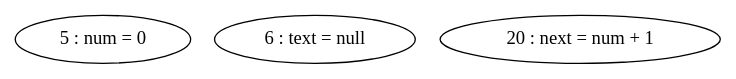
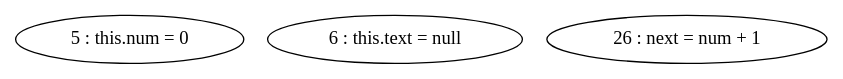
Before and after one commit to thomassimko/thesis-code-duplication: the diagram in target/classes/pdg/source/testObject-testingMethodParams.gv, drawn with Graphviz. The commit also changed 61 other files, not shown here.

```diff
--- a/target/classes/pdg/source/testObject-testingMethodParams.gv
+++ b/target/classes/pdg/source/testObject-testingMethodParams.gv
@@ -1,5 +1,5 @@
 digraph G {
-"5 : num = 0"
-"6 : text = null"
-"20 : next = num + 1"
+"5 : this.num = 0"
+"6 : this.text = null"
+"26 : next = num + 1"
 }
```
